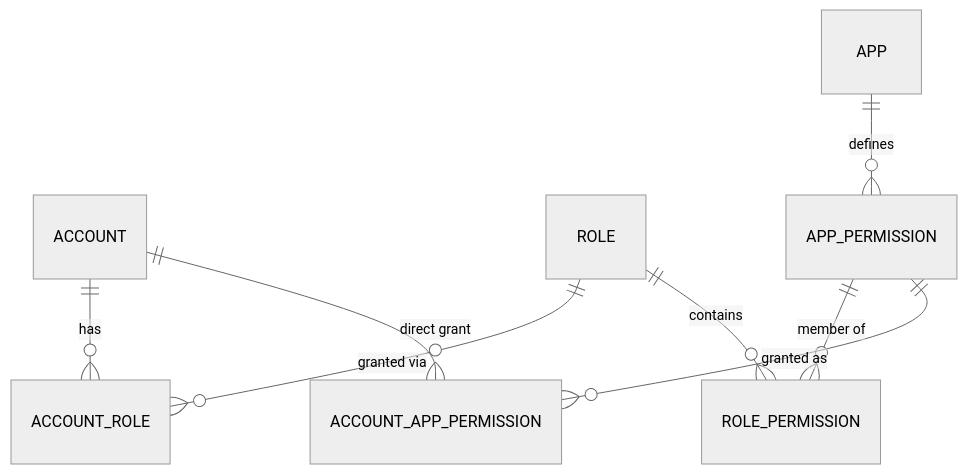
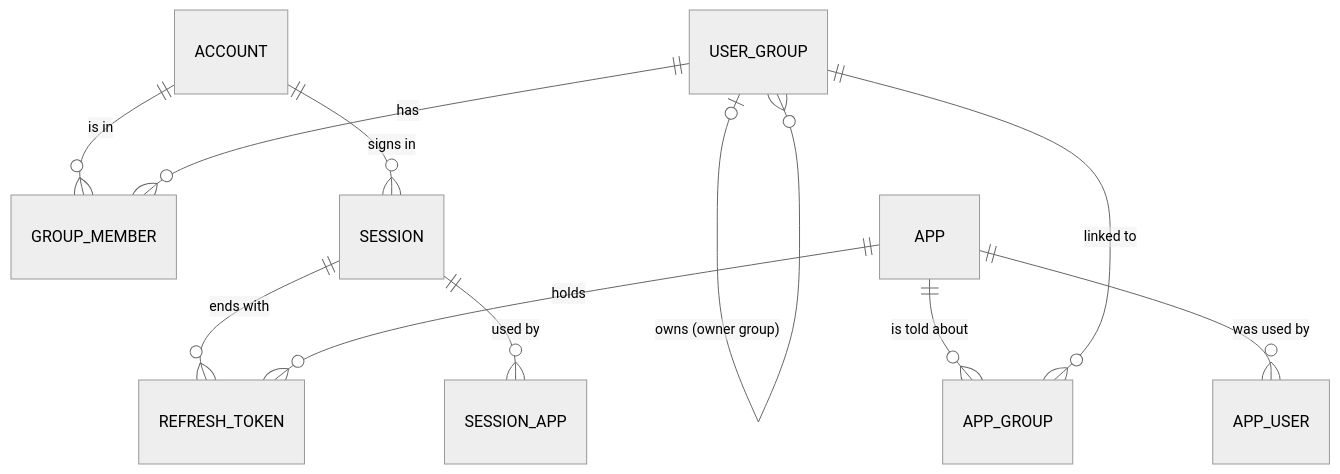
Before and after one commit to Krysset/Guardian: the fourth of 4 diagrams in docs/ARCHITECTURE.md, drawn with Mermaid (neutral theme). The commit also changed other lines of this file and 43 other files, not shown here.

````diff
--- a/docs/ARCHITECTURE.md
+++ b/docs/ARCHITECTURE.md
@@ -107,10 +115,13 @@
 ```mermaid
 erDiagram
-  ACCOUNT ||--o{ ACCOUNT_ROLE : has
-  ROLE ||--o{ ACCOUNT_ROLE : "granted via"
-  ROLE ||--o{ ROLE_PERMISSION : contains
-  APP ||--o{ APP_PERMISSION : defines
-  APP_PERMISSION ||--o{ ROLE_PERMISSION : "member of"
-  ACCOUNT ||--o{ ACCOUNT_APP_PERMISSION : "direct grant"
-  APP_PERMISSION ||--o{ ACCOUNT_APP_PERMISSION : "granted as"
+  ACCOUNT ||--o{ GROUP_MEMBER : "is in"
+  USER_GROUP ||--o{ GROUP_MEMBER : has
+  USER_GROUP |o--o{ USER_GROUP : "owns (owner group)"
+  APP ||--o{ APP_GROUP : "is told about"
+  USER_GROUP ||--o{ APP_GROUP : "linked to"
+  ACCOUNT ||--o{ SESSION : "signs in"
+  SESSION ||--o{ REFRESH_TOKEN : "ends with"
+  APP ||--o{ REFRESH_TOKEN : holds
+  SESSION ||--o{ SESSION_APP : "used by"
+  APP ||--o{ APP_USER : "was used by"
 ```
````
